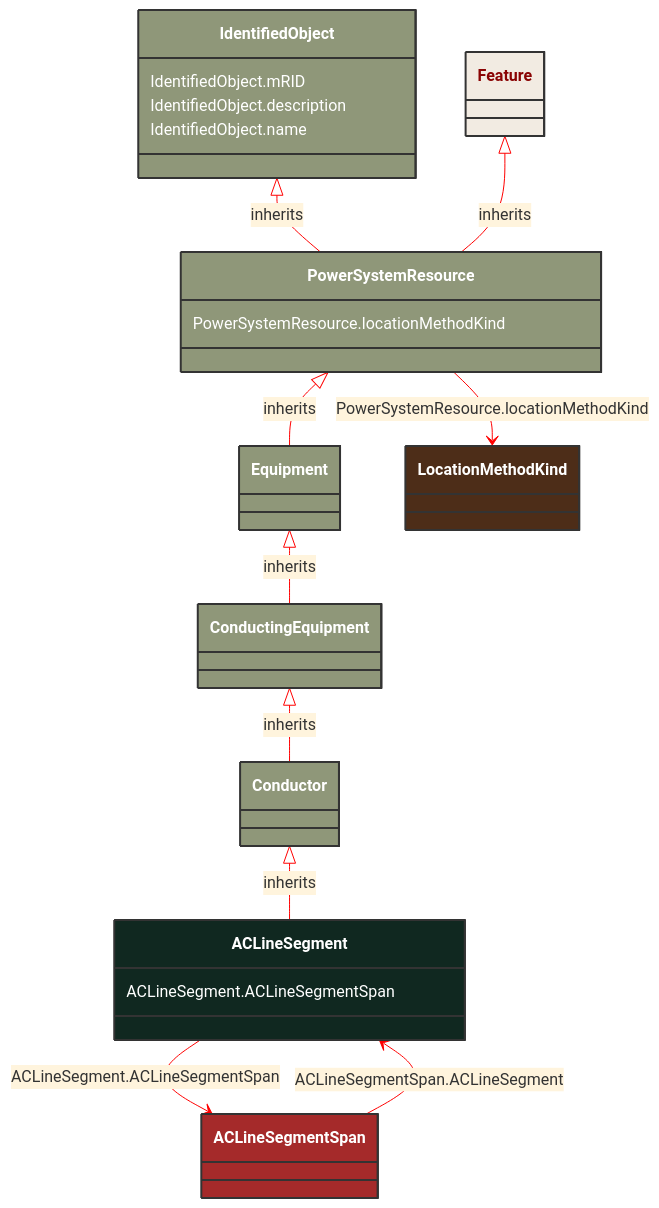
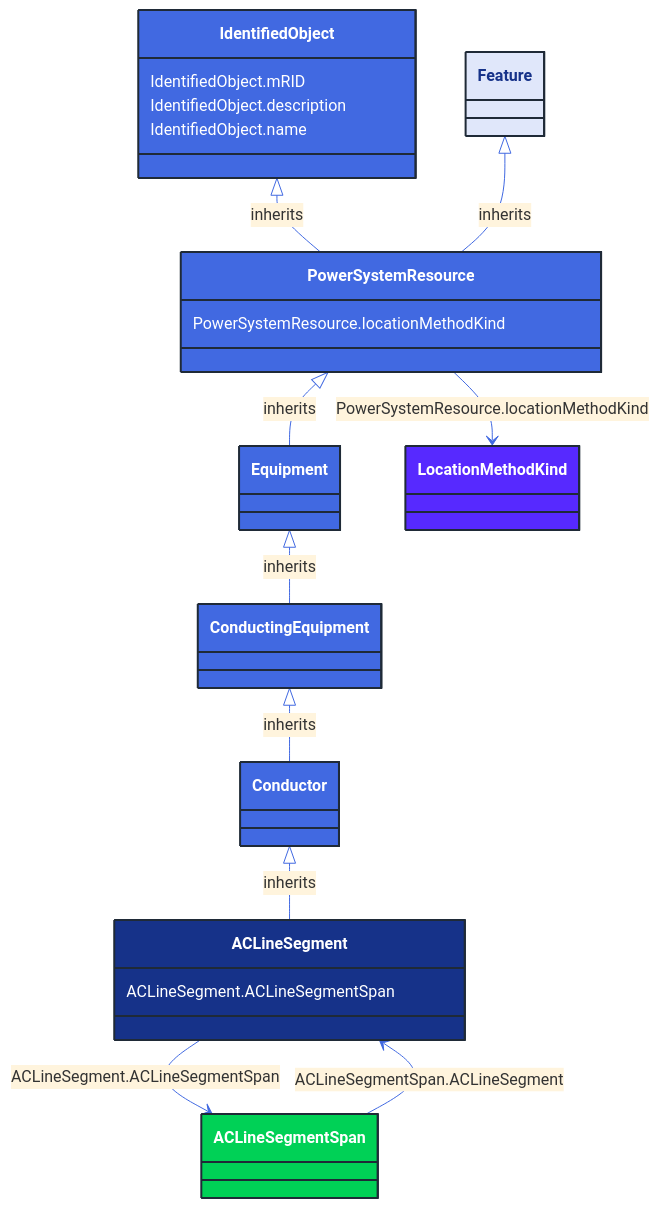
The diagram in docs/Models/Profiles/AviationObstacle/ConcreteClasses/ACLineSegment.md (3lbits/NoCIMExtensions), drawn with Mermaid before and after one commit. The commit also changed 362 other files, not shown here.

First line of the commit message:
Update diagrams and styles for improved visual consistency

````diff
--- a/docs/Models/Profiles/AviationObstacle/ConcreteClasses/ACLineSegment.md
+++ b/docs/Models/Profiles/AviationObstacle/ConcreteClasses/ACLineSegment.md
@@ -8,55 +8,55 @@
 ```mermaid
-%%{init: {'theme':'base','themeVariables': {'lineColor': '#FF0000'}}}%%
+%%{init: {'theme':'base','themeVariables': {'lineColor': '#4169E1'}}}%%
 classDiagram
     class ACLineSegment
     click ACLineSegment href "/Models/Profiles/AviationObstacle/ConcreteClasses/ACLineSegment/"
-    style ACLineSegment fill:#102820,stroke:#333,stroke-width:2px,rx:10,ry:10,color:white
+    style ACLineSegment fill:#163289,stroke:#1F2A37,stroke-width:2px,rx:10,ry:10,color:white
      
         Conductor <|-- ACLineSegment : inherits
             click Conductor href "/Models/Profiles/AviationObstacle/AbstractClasses/Conductor/"
-            style Conductor fill:#8F9779,stroke:#333,stroke-width:2px,rx:10,ry:10,color:white
+            style Conductor fill:#4169E1,stroke:#1F2A37,stroke-width:2px,rx:10,ry:10,color:white
      
         ConductingEquipment <|-- Conductor : inherits
             click ConductingEquipment href "/Models/Profiles/AviationObstacle/AbstractClasses/ConductingEquipment/"
-            style ConductingEquipment fill:#8F9779,stroke:#333,stroke-width:2px,rx:10,ry:10,color:white
+            style ConductingEquipment fill:#4169E1,stroke:#1F2A37,stroke-width:2px,rx:10,ry:10,color:white
      
         Equipment <|-- ConductingEquipment : inherits
             click Equipment href "/Models/Profiles/AviationObstacle/AbstractClasses/Equipment/"
-            style Equipment fill:#8F9779,stroke:#333,stroke-width:2px,rx:10,ry:10,color:white
+            style Equipment fill:#4169E1,stroke:#1F2A37,stroke-width:2px,rx:10,ry:10,color:white
      
         PowerSystemResource <|-- Equipment : inherits
             click PowerSystemResource href "/Models/Profiles/AviationObstacle/AbstractClasses/PowerSystemResource/"
-            style PowerSystemResource fill:#8F9779,stroke:#333,stroke-width:2px,rx:10,ry:10,color:white
+            style PowerSystemResource fill:#4169E1,stroke:#1F2A37,stroke-width:2px,rx:10,ry:10,color:white
      
         IdentifiedObject <|-- PowerSystemResource : inherits
             click IdentifiedObject href "/Models/Profiles/AviationObstacle/AbstractClasses/IdentifiedObject/"
-            style IdentifiedObject fill:#8F9779,stroke:#333,stroke-width:2px,rx:10,ry:10,color:white
+            style IdentifiedObject fill:#4169E1,stroke:#1F2A37,stroke-width:2px,rx:10,ry:10,color:white
 
         Feature <|-- PowerSystemResource : inherits
             click Feature href "/Models/Profiles/AviationObstacle/AbstractClasses/Feature/"
-            style Feature fill:#F2EBE2,stroke:#333,stroke-width:2px,rx:10,ry:10,color:#8A0303
+            style Feature fill:#E0E7FA,stroke:#1F2A37,stroke-width:2px,rx:10,ry:10,color:#163289
 
         ACLineSegment --> ACLineSegmentSpan : ACLineSegment.ACLineSegmentSpan
 
         ACLineSegmentSpan
             click ACLineSegmentSpan href "/Models/Profiles/AviationObstacle/ConcreteClasses/ACLineSegmentSpan/"
-            style ACLineSegmentSpan fill:#A52A2A,stroke:#333,stroke-width:2px,rx:10,ry:10,color:white
+            style ACLineSegmentSpan fill:#00D156,stroke:#1F2A37,stroke-width:2px,rx:10,ry:10,color:white
 
         ACLineSegmentSpan --> ACLineSegment : ACLineSegmentSpan.ACLineSegment
 
         ACLineSegmentSpan
             click ACLineSegmentSpan href "/Models/Profiles/AviationObstacle/ConcreteClasses/ACLineSegmentSpan/"
-            style ACLineSegmentSpan fill:#A52A2A,stroke:#333,stroke-width:2px,rx:10,ry:10,color:white
+            style ACLineSegmentSpan fill:#00D156,stroke:#1F2A37,stroke-width:2px,rx:10,ry:10,color:white
 
         PowerSystemResource --> LocationMethodKind : PowerSystemResource.locationMethodKind
 
         LocationMethodKind
             click LocationMethodKind href "/Models/Profiles/AviationObstacle/Enumerations/LocationMethodKind/"
-            style LocationMethodKind fill:#4D2D18,stroke:#333,stroke-width:2px,rx:10,ry:10,color:white
+            style LocationMethodKind fill:#5729FF,stroke:#1F2A37,stroke-width:2px,rx:10,ry:10,color:white
 
         ACLineSegment : ACLineSegment.ACLineSegmentSpan
         PowerSystemResource : PowerSystemResource.locationMethodKind
         IdentifiedObject : IdentifiedObject.mRID
         IdentifiedObject : IdentifiedObject.description
         IdentifiedObject : IdentifiedObject.name
 ```
````
